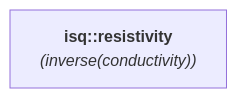
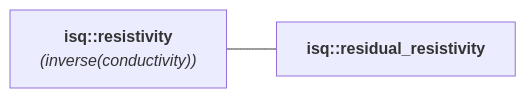
One commit to mpusz/mp-units changed the diagram in docs/reference/systems_reference/hierarchies/resistivity.md. Above: the diagram before and after it, drawn with Mermaid. The commit also changed 30 other files, not shown here.

````diff
--- a/docs/reference/systems_reference/hierarchies/resistivity.md
+++ b/docs/reference/systems_reference/hierarchies/resistivity.md
@@ -8,4 +8,6 @@
 ```mermaid
 flowchart LR
     isq_resistivity["<b><a href="../../systems/isq/#resistivity" style="color: var(--md-mermaid-label-fg-color); text-decoration: none;">isq::resistivity</a></b><br><i>(inverse(<a href="../../systems/isq/#conductivity" style="color: var(--md-mermaid-label-fg-color); text-decoration: none;">conductivity</a>))</i>"]
+    isq_residual_resistivity["<b><a href="../../systems/isq/#residual_resistivity" style="color: var(--md-mermaid-label-fg-color); text-decoration: none;">isq::residual_resistivity</a></b>"]
+    isq_resistivity --- isq_residual_resistivity
 ```
````
